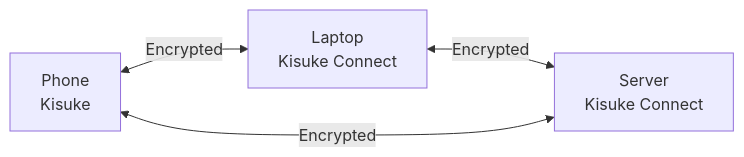
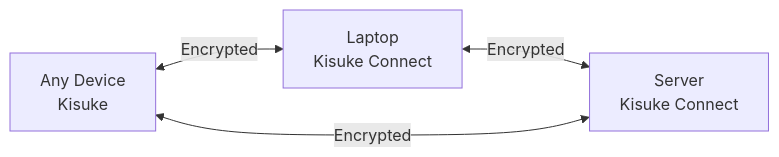
One commit to kisukeapp/mintlify-docs changed the first of 3 diagrams in concepts/kisuke-connect.mdx. Above: the diagram before and after it, drawn with Mermaid. The commit also changed other lines of this file and 13 other files, not shown here.

Commit message:
refactor: installation instructions for kisuke and kisuke connect

````diff
--- a/concepts/kisuke-connect.mdx
+++ b/concepts/kisuke-connect.mdx
@@ -17,6 +17,6 @@
 ```mermaid
 graph LR
-  Phone["Phone<br/>Kisuke"] <-->|Encrypted| Laptop["Laptop<br/>Kisuke Connect"]
+  Client["Any Device<br/>Kisuke"] <-->|Encrypted| Laptop["Laptop<br/>Kisuke Connect"]
   Laptop <-->|Encrypted| Server["Server<br/>Kisuke Connect"]
-  Server <-->|Encrypted| Phone
+  Server <-->|Encrypted| Client
 ```
````
